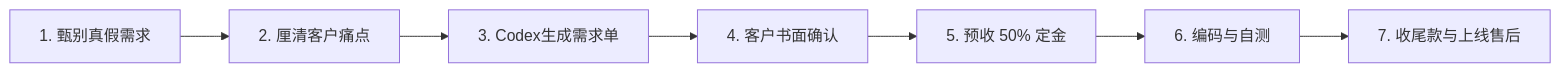
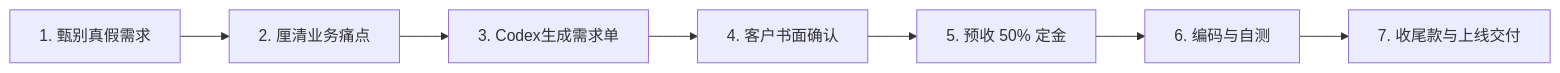
The second of 2 diagrams in docs/source/courses/geek_notes_and_ai_dialogues/stage4_business_insights_and_thinking/05_case_lufei_codex_miniapp_freelance_11k.md (ponyletter/py310sphinx_knowledge), drawn with Mermaid before and after one commit. The commit also changed other lines of this file and 7 other files, not shown here.

````diff
--- a/docs/source/courses/geek_notes_and_ai_dialogues/stage4_business_insights_and_thinking/05_case_lufei_codex_miniapp_freelance_11k.md
+++ b/docs/source/courses/geek_notes_and_ai_dialogues/stage4_business_insights_and_thinking/05_case_lufei_codex_miniapp_freelance_11k.md
@@ -69,6 +80,6 @@
 ```mermaid
 flowchart LR
-    P1["1. 甄别真假需求"] --> P2["2. 厘清客户痛点"] --> P3["3. Codex生成需求单"]
+    P1["1. 甄别真假需求"] --> P2["2. 厘清业务痛点"] --> P3["3. Codex生成需求单"]
     P3 --> P4["4. 客户书面确认"] --> P5["5. 预收 50% 定金"] --> P6["6. 编码与自测"]
-    P6 --> P7["7. 收尾款与上线售后"]
+    P6 --> P7["7. 收尾款与上线交付"]
 ```
````
